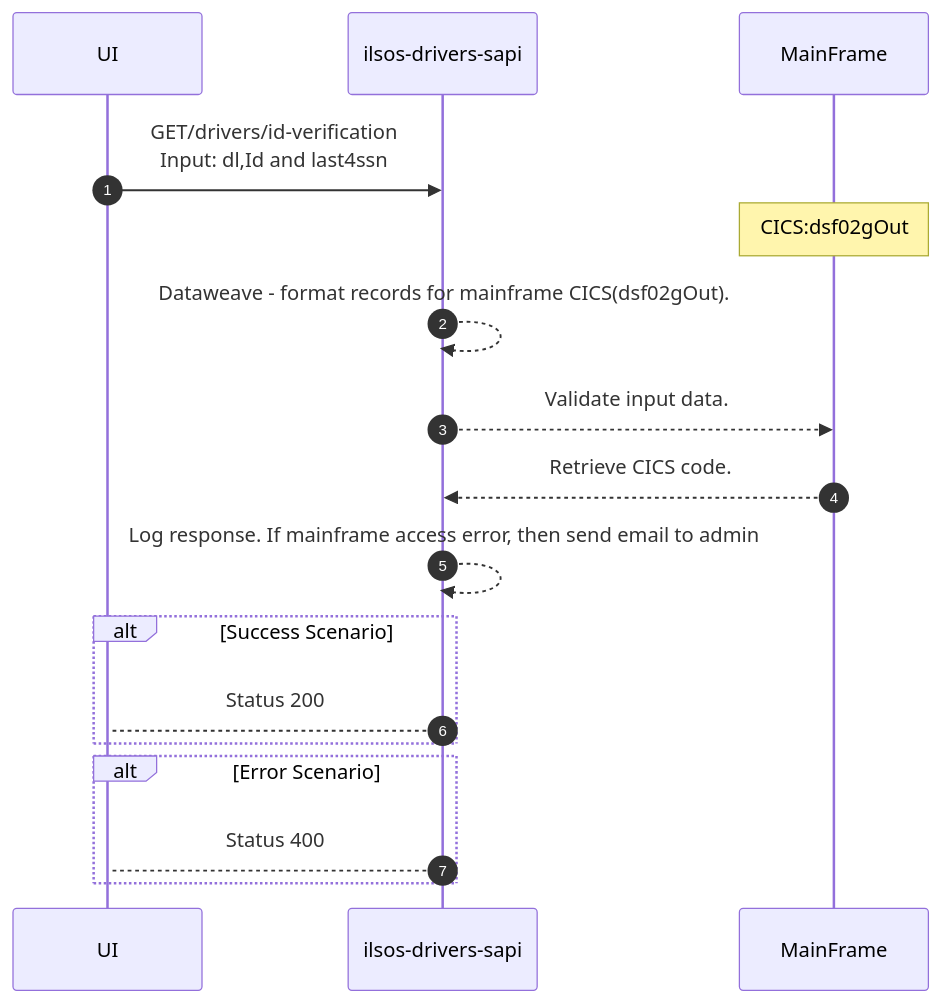
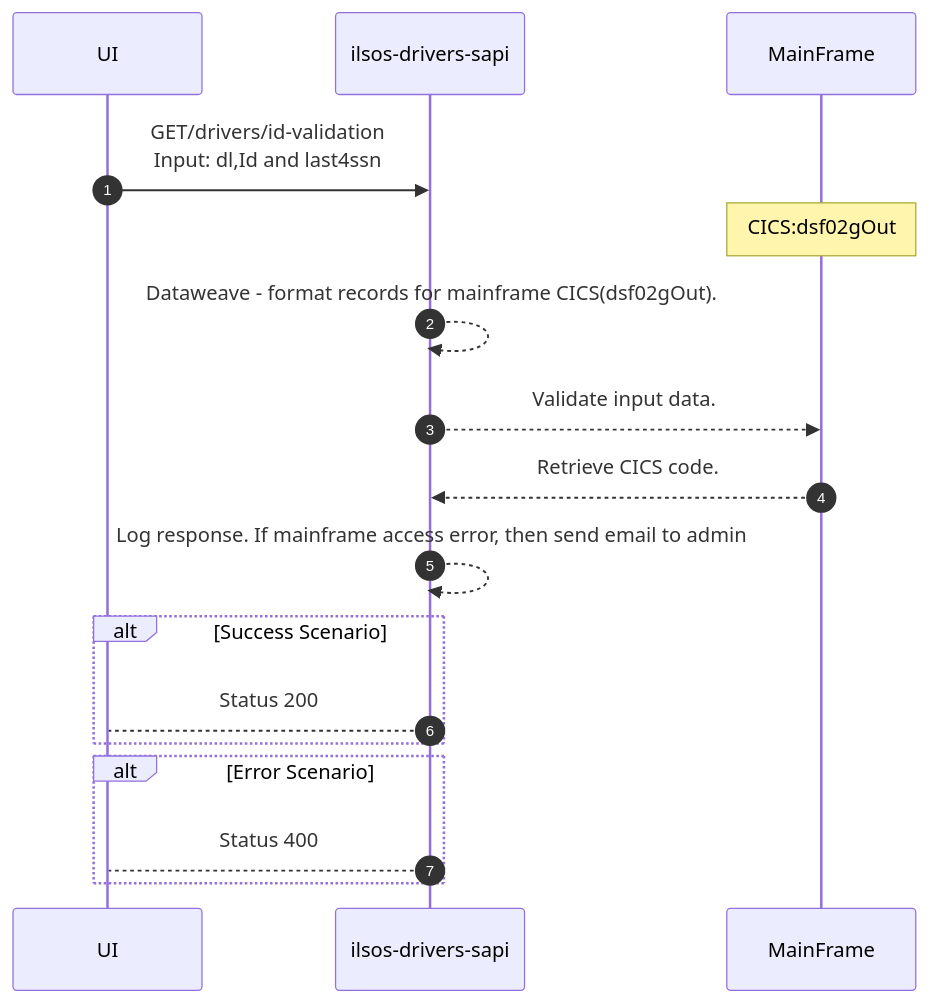
One commit to acme-devs/ilsos-drivers-sapi changed the third of 6 diagrams in README.md. Above: the diagram before and after it, drawn with Mermaid. The commit also changed other lines of this file, not shown here.

````diff
--- a/README.md
+++ b/README.md
@@ -88,20 +88,20 @@
 ```mermaid
 sequenceDiagram
     autonumber
     participant ui as UI
     participant api as ilsos-drivers-sapi
     participant mainframe as MainFrame
     
-    ui->>api:GET/drivers/id-verification <br>Input: dl,Id and last4ssn
+    ui->>api:GET/drivers/id-validation <br>Input: dl,Id and last4ssn
     note over mainframe:CICS:dsf02gOut
     api-->>api:Dataweave - format records for mainframe CICS(dsf02gOut).
     api-->>mainframe:Validate input data.
     mainframe-->>api:Retrieve CICS code.
     api-->>api:Log response. If mainframe access error, then send email to admin
     alt Success Scenario 
         api-->ui: Status 200
     end
     alt Error Scenario 
         api-->ui: Status 400 
     end
 ```
````
